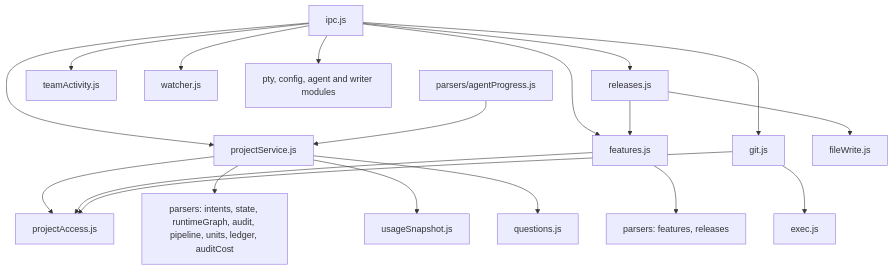
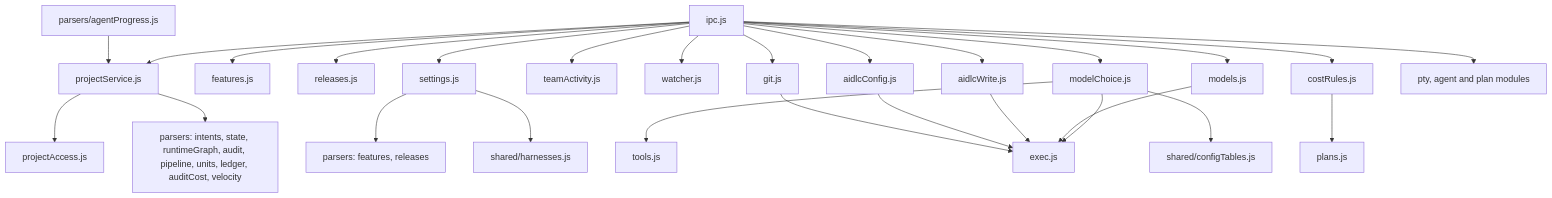
One commit to tochman/ai-dlc-thadeus changed the diagram in aidlc/spaces/default/codekb/aidlc-dash/dependencies.md. Above: the diagram before and after it, drawn with Mermaid. The commit also changed other lines of this file and 54 other files, not shown here.

First line of the commit message:
feat(US-0210): ask to switch model profile for critical intents (#66)

````diff
--- a/aidlc/spaces/default/codekb/aidlc-dash/dependencies.md
+++ b/aidlc/spaces/default/codekb/aidlc-dash/dependencies.md
@@ -7,21 +7,29 @@
 ```mermaid
 flowchart TD
   IPC[ipc.js] --> PS[projectService.js]
   IPC --> FL[features.js]
   IPC --> RS[releases.js]
   IPC --> GIT[git.js]
   IPC --> TA[teamActivity.js]
   IPC --> W[watcher.js]
-  IPC --> OTHER[pty, config, agent and writer modules]
+  IPC --> SS[settings.js]
+  IPC --> MC[modelChoice.js]
+  IPC --> MO[models.js]
+  IPC --> AC[aidlcConfig.js]
+  IPC --> AW[aidlcWrite.js]
+  IPC --> CR[costRules.js]
+  IPC --> OTHER[pty, agent and plan modules]
   PS --> PA[projectAccess.js]
-  PS --> P[parsers: intents, state, runtimeGraph, audit, pipeline, units, ledger, auditCost]
-  PS --> US[usageSnapshot.js]
-  PS --> Q[questions.js]
-  FL --> PA
-  FL --> PF[parsers: features, releases]
-  RS --> FL
-  RS --> FW[fileWrite.js]
-  GIT --> EX[exec.js]
-  GIT --> PA
+  PS --> P[parsers: intents, state, runtimeGraph, audit, pipeline, units, ledger, auditCost, velocity]
+  MC --> EX[exec.js]
+  MC --> TL[tools.js]
+  MC --> CT[shared/configTables.js]
+  MO --> EX
+  AW --> EX
+  AC --> EX
+  SS --> PF[parsers: features, releases]
+  SS --> H[shared/harnesses.js]
+  GIT --> EX
+  CR --> PL[plans.js]
   AP[parsers/agentProgress.js] --> PS
 ```
````
